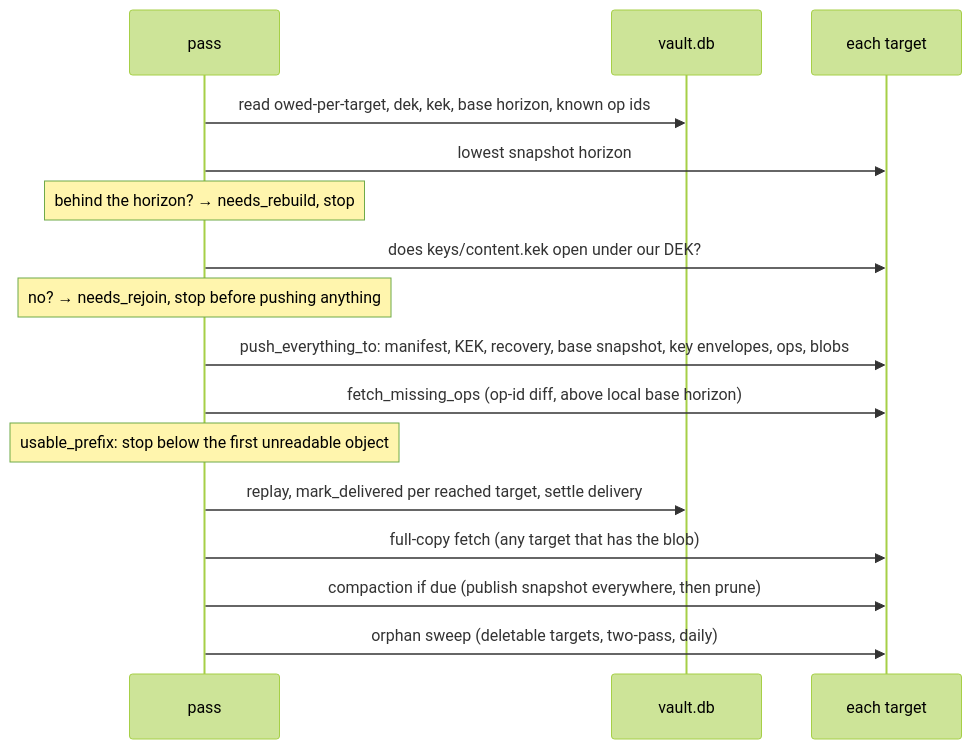
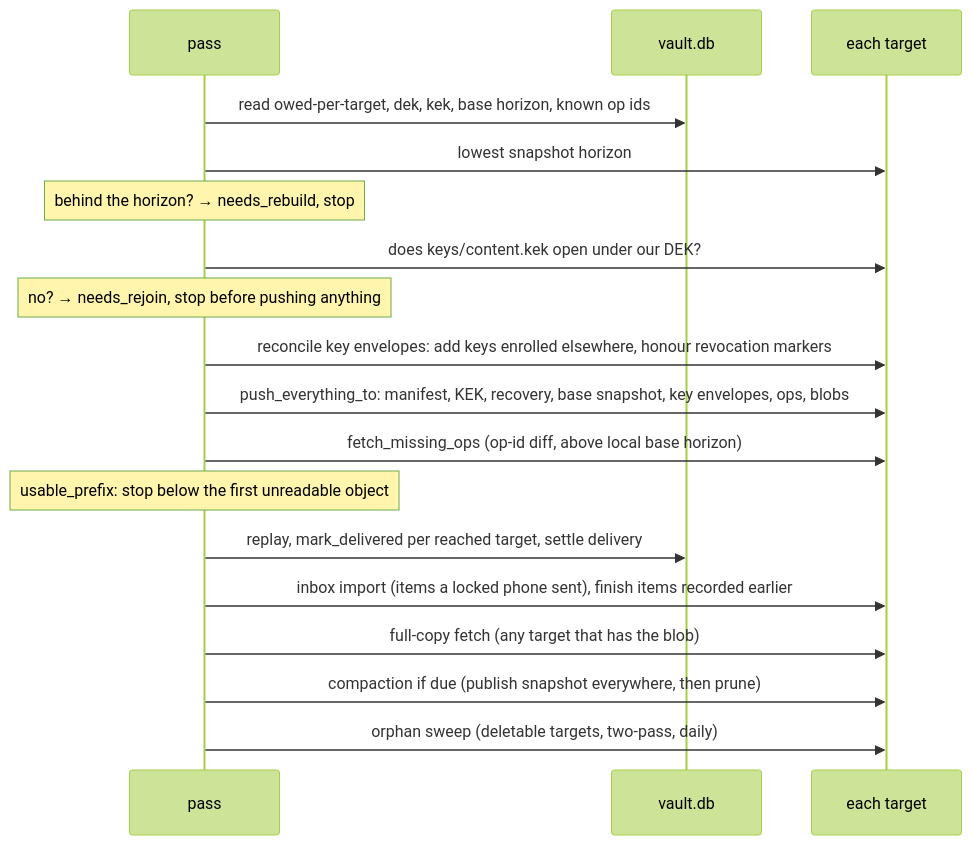
Before and after one commit to silentsilo/desktop: the second of 3 diagrams in docs/ARCHITECTURE.md, drawn with Mermaid (forest theme). The commit also changed other lines of this file and 6 other files, not shown here.

First line of the commit message:
Reconcile keys and import the inbox in the sync pass

````diff
--- a/docs/ARCHITECTURE.md
+++ b/docs/ARCHITECTURE.md
@@ -56,18 +56,20 @@
 ```mermaid
 sequenceDiagram
     participant P as pass
     participant DB as vault.db
     participant T as each target
     P->>DB: read owed-per-target, dek, kek, base horizon, known op ids
     P->>T: lowest snapshot horizon
     Note over P: behind the horizon? → needs_rebuild, stop
     P->>T: does keys/content.kek open under our DEK?
     Note over P: no? → needs_rejoin, stop before pushing anything
+    P->>T: reconcile key envelopes: add keys enrolled elsewhere, honour revocation markers
     P->>T: push_everything_to: manifest, KEK, recovery, base snapshot, key envelopes, ops, blobs
     P->>T: fetch_missing_ops (op-id diff, above local base horizon)
     Note over P: usable_prefix: stop below the first unreadable object
     P->>DB: replay, mark_delivered per reached target, settle delivery
+    P->>T: inbox import (items a locked phone sent), finish items recorded earlier
     P->>T: full-copy fetch (any target that has the blob)
     P->>T: compaction if due (publish snapshot everywhere, then prune)
     P->>T: orphan sweep (deletable targets, two-pass, daily)
 ```
````
